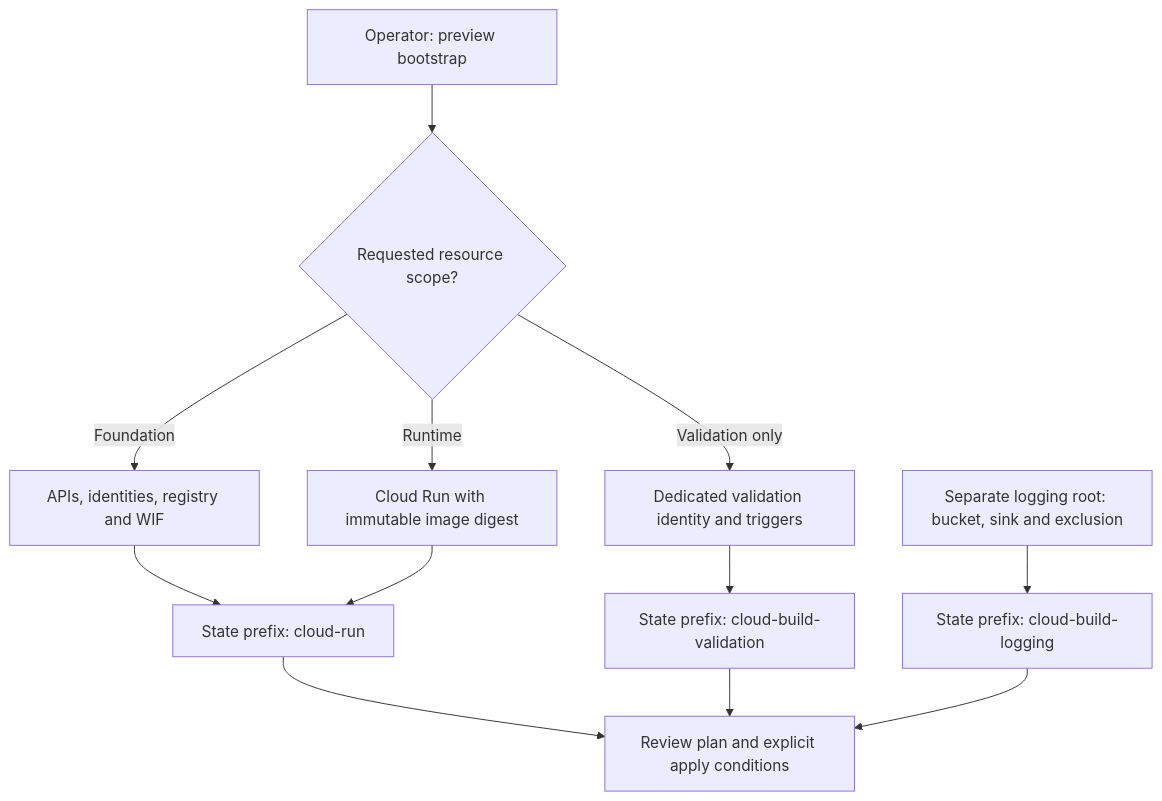
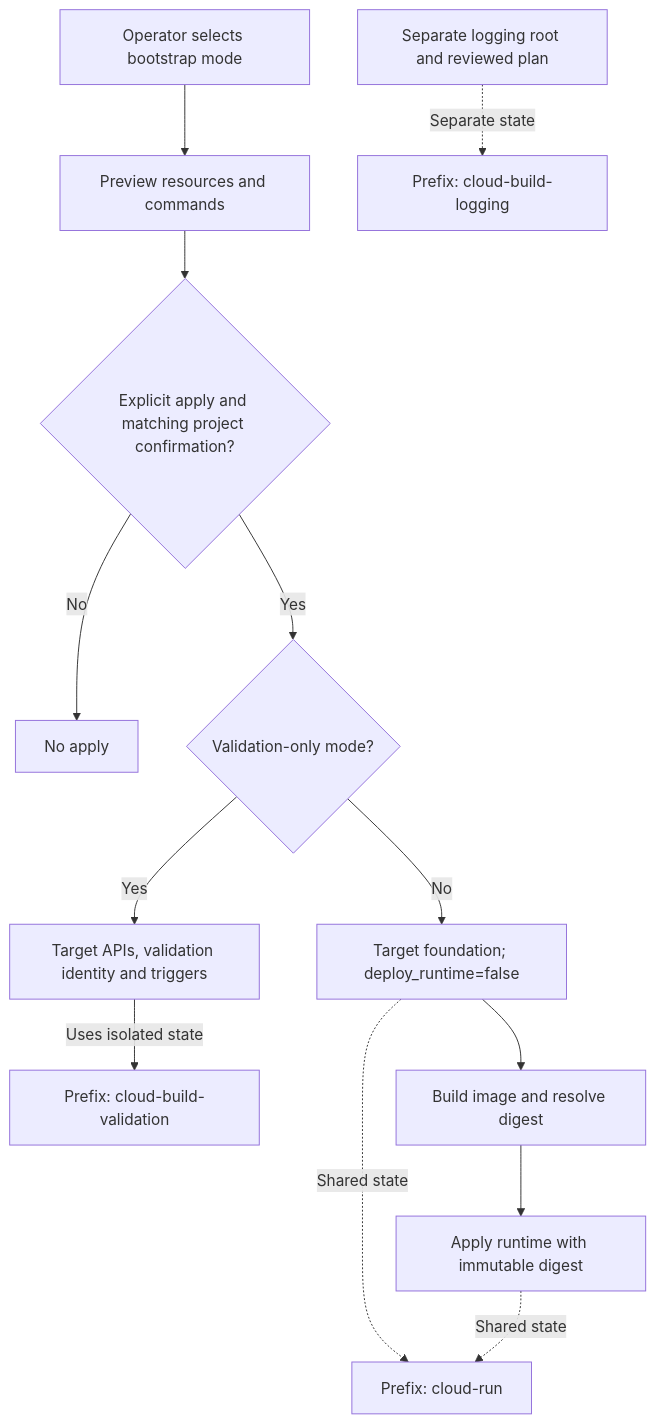
One commit to Soku-JINSEOK/Soku-Convention-Boilerplate changed the diagram in infra/gcp/README.md. Above: the diagram before and after it, drawn with Mermaid. The commit also changed other lines of this file and 30 other files, not shown here.

First line of the commit message:
📚 docs(diagrams): align English views with implemented behavior

````diff
--- a/infra/gcp/README.md
+++ b/infra/gcp/README.md
@@ -9,14 +11,15 @@
 ```mermaid
 flowchart TD
-  operator["Operator: preview bootstrap"] --> mode{"Requested resource scope?"}
-  mode -->|"Foundation"| foundation["APIs, identities, registry and WIF"]
-  mode -->|"Runtime"| runtime["Cloud Run with immutable image digest"]
-  mode -->|"Validation only"| validation["Dedicated validation identity and triggers"]
-  foundation --> appState["State prefix: cloud-run"]
-  runtime --> appState
-  validation --> validationState["State prefix: cloud-build-validation"]
-  logging["Separate logging root: bucket, sink and exclusion"] --> logState["State prefix: cloud-build-logging"]
-  appState --> review["Review plan and explicit apply conditions"]
-  validationState --> review
-  logState --> review
+  operator["Operator selects bootstrap mode"] --> preview["Preview resources and commands"]
+  preview --> approved{"Explicit apply and matching project confirmation?"}
+  approved -->|"No"| stopNode["No apply"]
+  approved -->|"Yes"| mode{"Validation-only mode?"}
+  mode -->|"Yes"| validation["Target APIs, validation identity and triggers"]
+  validation -->|"Uses isolated state"| validationState["Prefix: cloud-build-validation"]
+  mode -->|"No"| foundation["Target foundation; deploy_runtime=false"]
+  foundation --> imageNode["Build image and resolve digest"]
+  imageNode --> runtime["Apply runtime with immutable digest"]
+  foundation -.->|"Shared state"| appState["Prefix: cloud-run"]
+  runtime -.->|"Shared state"| appState
+  logging["Separate logging root and reviewed plan"] -.->|"Separate state"| logState["Prefix: cloud-build-logging"]
 ```
````
